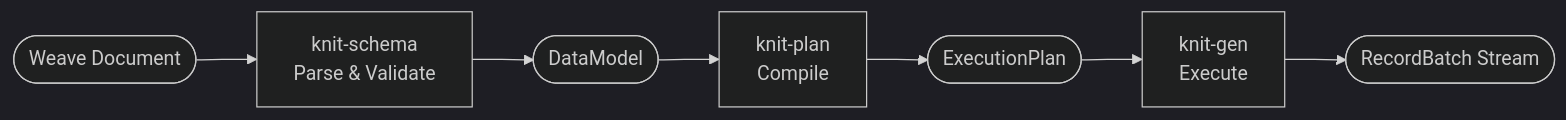
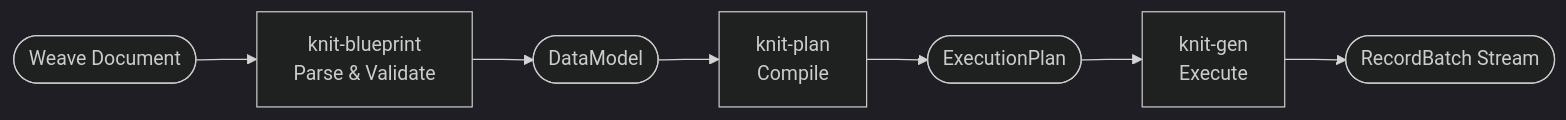
Before and after one commit to Yaming-Hub/knit: the first of 10 diagrams in docs/design-plan.md, drawn with Mermaid (dark theme). The commit also changed other lines of this file and 99 other files, not shown here.

First line of the commit message:
refactor: rename 'schema' to 'blueprint' throughout codebase (#235)

````diff
--- a/docs/design-plan.md
+++ b/docs/design-plan.md
@@ -33,9 +33,9 @@
 ```mermaid
 flowchart LR
-    weave([Weave Document]) --> schema[knit-schema\nParse & Validate]
-    schema --> model([DataModel])
+    weave([Weave Document]) --> blueprint[knit-blueprint\nParse & Validate]
+    blueprint --> model([DataModel])
     model --> plan[knit-plan\nCompile]
     plan --> exec([ExecutionPlan])
     exec --> gen[knit-gen\nExecute]
     gen --> output([RecordBatch Stream])
 ```
````
